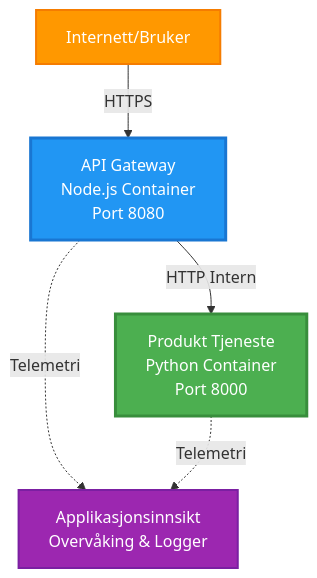
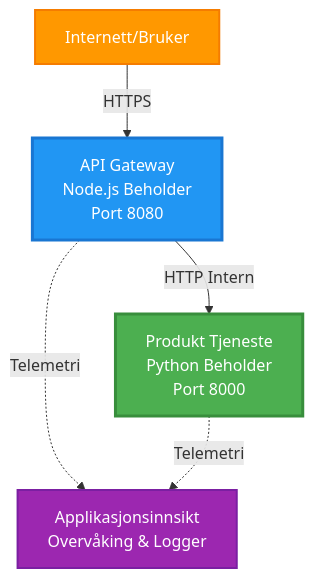
One commit to microsoft/AZD-for-beginners changed the first of 4 diagrams in translations/no/examples/microservices/README.md. Above: the diagram before and after it, drawn with Mermaid. The commit also changed other lines of this file and 242 other files, not shown here.

````diff
--- a/translations/no/examples/microservices/README.md
+++ b/translations/no/examples/microservices/README.md
@@ -40,17 +31,17 @@
 ```mermaid
 graph TB
     Internet[Internett/Bruker]
-    Gateway[API Gateway<br/>Node.js Container<br/>Port 8080]
-    Product[Produkt Tjeneste<br/>Python Container<br/>Port 8000]
+    Gateway[API Gateway<br/>Node.js Beholder<br/>Port 8080]
+    Product[Produkt Tjeneste<br/>Python Beholder<br/>Port 8000]
     AppInsights[Applikasjonsinnsikt<br/>Overvåking & Logger]
     
     Internet -->|HTTPS| Gateway
     Gateway -->|HTTP Intern| Product
     Gateway -.->|Telemetri| AppInsights
     Product -.->|Telemetri| AppInsights
     
     style Gateway fill:#2196F3,stroke:#1976D2,stroke-width:3px,color:#fff
     style Product fill:#4CAF50,stroke:#388E3C,stroke-width:3px,color:#fff
     style Internet fill:#FF9800,stroke:#F57C00,stroke-width:2px,color:#fff
     style AppInsights fill:#9C27B0,stroke:#7B1FA2,stroke-width:2px,color:#fff
 ```
````
